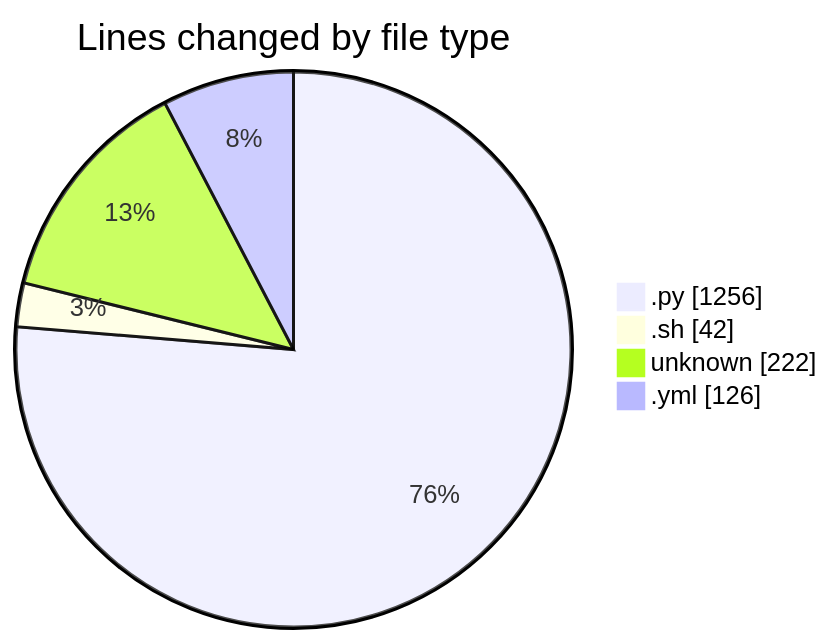
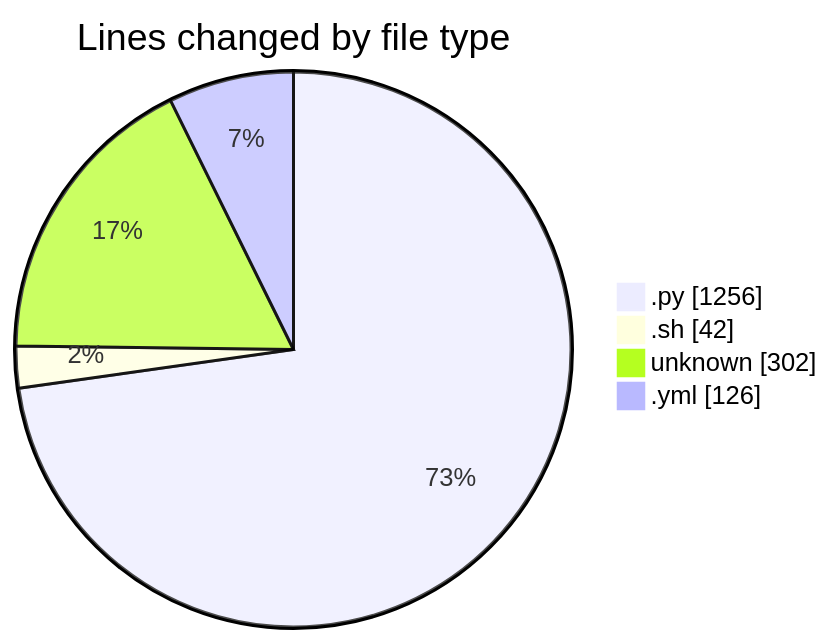
The first of 2 diagrams in 2025-05-14/niten/README.md (Elitesun/code-tracking), drawn with Mermaid before and after one commit. The commit also changed other lines of this file and 1 other file, not shown here.

````diff
--- a/2025-05-14/niten/README.md
+++ b/2025-05-14/niten/README.md
@@ -33,8 +34,8 @@
 ```mermaid
 pie showData
 title Lines changed by file type
 ".py" : 1256
 ".sh" : 42
-"unknown" : 222
+"unknown" : 302
 ".yml" : 126
 ```
````
